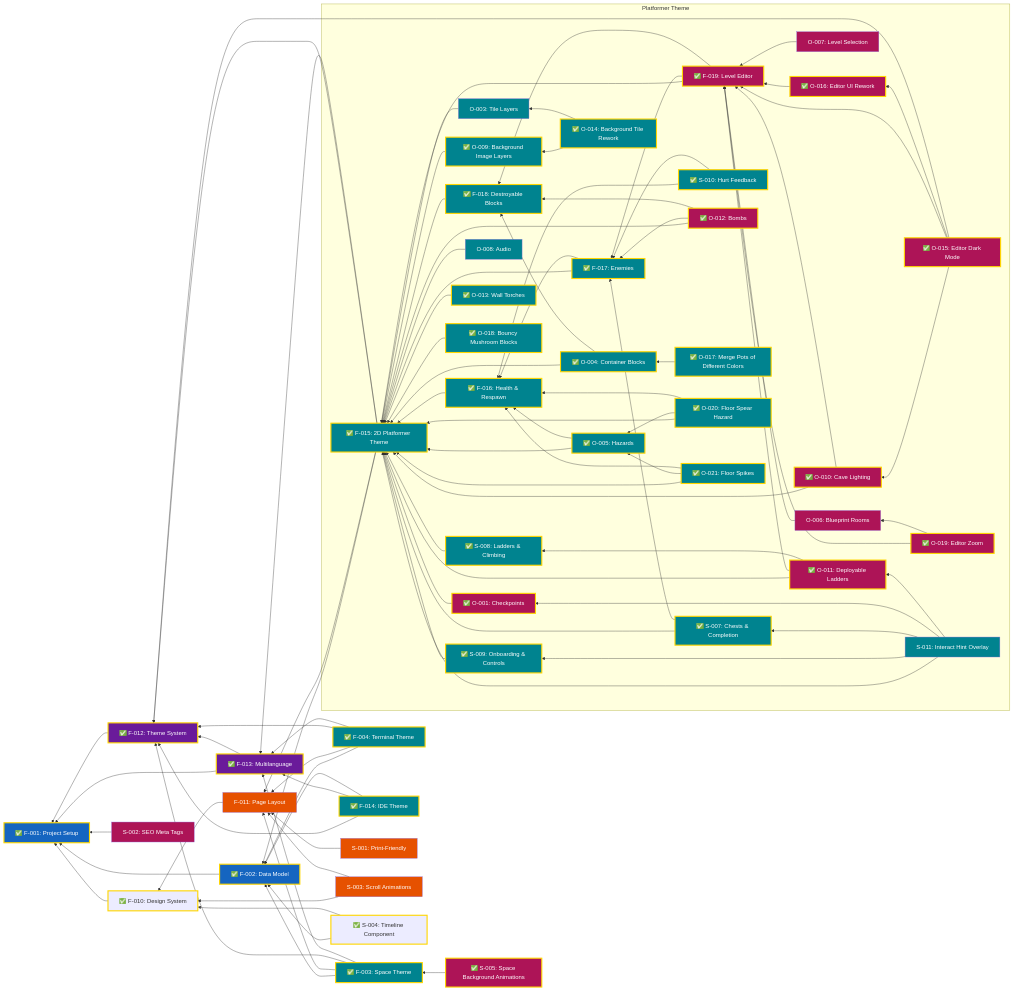
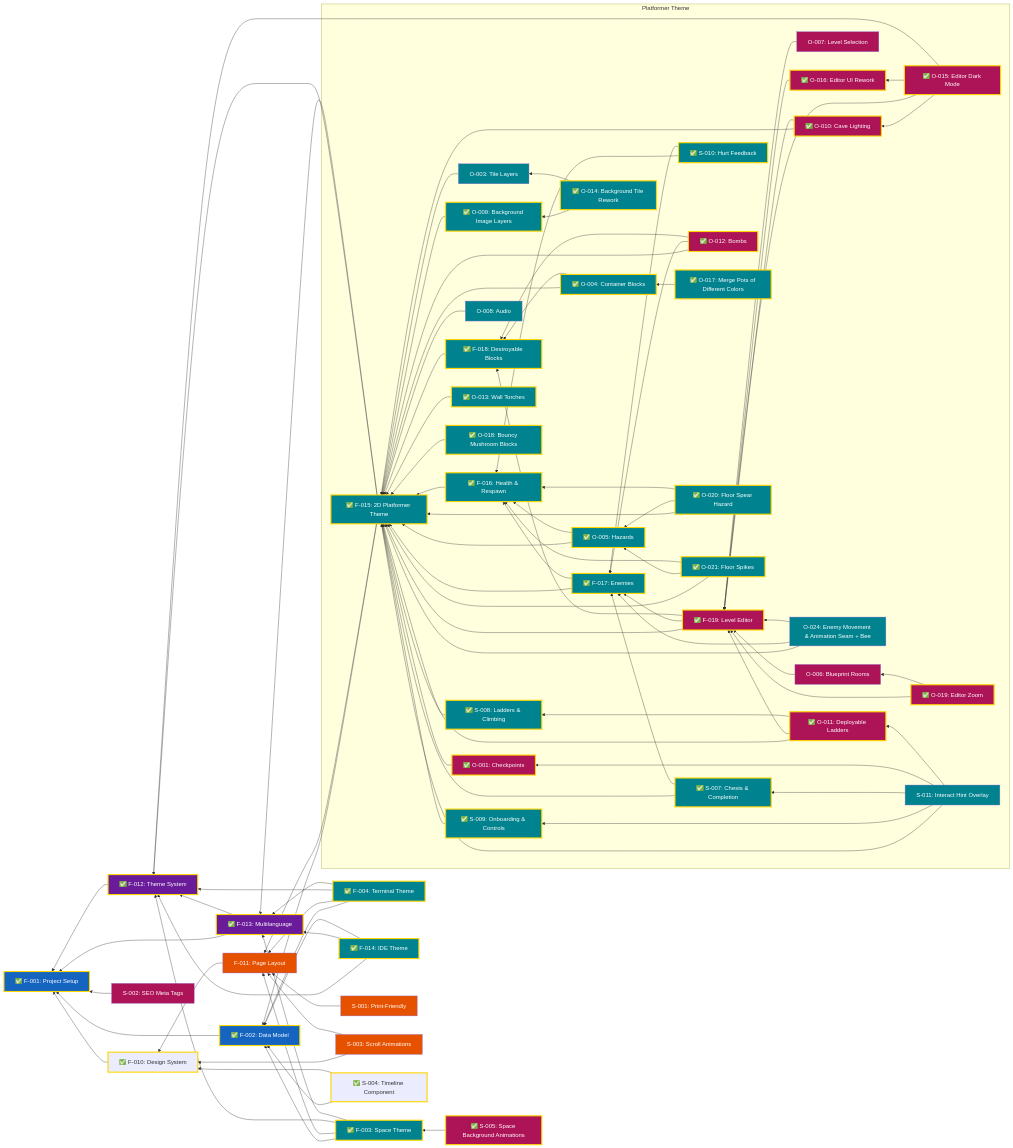
Before and after one commit to garcipat/cv-website: the diagram in docs/Features.md, drawn with Mermaid. The commit also changed 3 other files, not shown here.

Commit message:
docs(O-024): add enemy movement & animation seam design

```diff
--- a/docs/Features.md
+++ b/docs/Features.md
@@ -53,6 +53,7 @@
         O019["✅ O-019: Editor Zoom"]
         O020["✅ O-020: Floor Spear Hazard"]
         O021["✅ O-021: Floor Spikes"]
+        O024["O-024: Enemy Movement & Animation Seam + Bee"]
         S011["S-011: Interact Hint Overlay"]
     end
 
@@ -135,6 +136,10 @@
     O021 --> O005
     O021 --> F016
 
+    O024 --> F015
+    O024 --> F017
+    O024 --> F019
+
     S011 --> F015
     S011 --> S009
     S011 --> S007
@@ -166,6 +171,7 @@
     class S005 done
     class F015,F016,F017,F018,S007,S008,S009,S010,O003,O004,O005,O008,O009,O013,O014,O020,O021 themes
     class S011 themes
+    class O024 themes
     class O017 themes
     class O017 done
     class O018 themes
```
